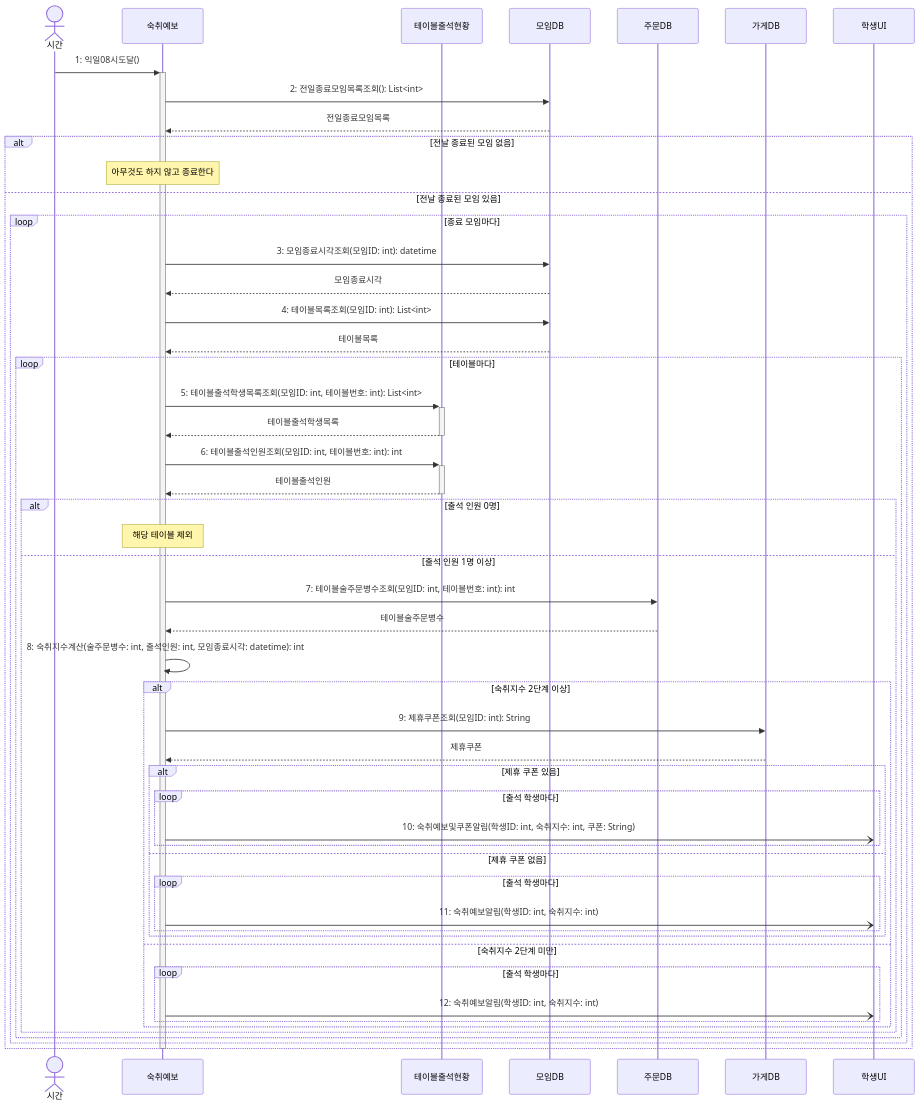
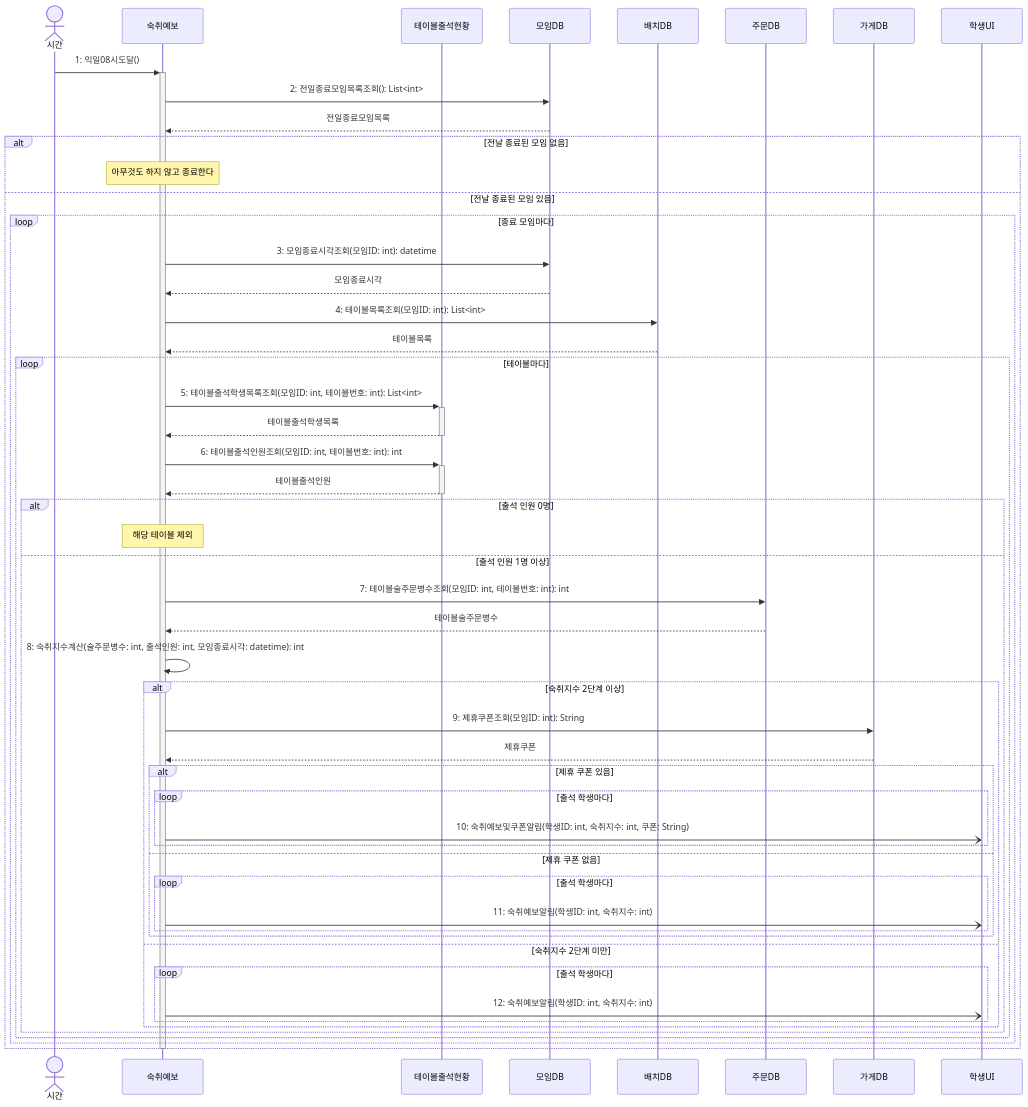
One commit to hojae3/sw-engineering-16 changed the diagram in sequence/seq-19.md. Above: the diagram before and after it, drawn with Mermaid. The commit also changed other lines of this file and 17 other files, not shown here.

First line of the commit message:
[seq/class] 4-2 배치저장 분리, 테이블목록조회 배치DB 이동, 사용처 보완

````diff
--- a/sequence/seq-19.md
+++ b/sequence/seq-19.md
@@ -25,56 +26,57 @@
 ```mermaid
 sequenceDiagram
     actor 시간
     participant 예보 as 숙취예보
     participant 현황 as 테이블출석현황
     participant 모임DB as 모임DB
+    participant 배치DB as 배치DB
     participant 주문DB as 주문DB
     participant 가게DB as 가게DB
     participant 학생UI as 학생UI
 
     시간->>+예보: 1: 익일08시도달()
     예보->>모임DB: 2: 전일종료모임목록조회(): List<int>
     모임DB-->>예보: 전일종료모임목록
 
     alt 전날 종료된 모임 없음
         Note over 예보: 아무것도 하지 않고 종료한다
     else 전날 종료된 모임 있음
         loop 종료 모임마다
             예보->>모임DB: 3: 모임종료시각조회(모임ID: int): datetime
             모임DB-->>예보: 모임종료시각
-            예보->>모임DB: 4: 테이블목록조회(모임ID: int): List<int>
-            모임DB-->>예보: 테이블목록
+            예보->>배치DB: 4: 테이블목록조회(모임ID: int): List<int>
+            배치DB-->>예보: 테이블목록
             loop 테이블마다
                 예보->>+현황: 5: 테이블출석학생목록조회(모임ID: int, 테이블번호: int): List<int>
                 현황-->>-예보: 테이블출석학생목록
                 예보->>+현황: 6: 테이블출석인원조회(모임ID: int, 테이블번호: int): int
                 현황-->>-예보: 테이블출석인원
                 alt 출석 인원 0명
                     Note over 예보: 해당 테이블 제외
                 else 출석 인원 1명 이상
                     예보->>주문DB: 7: 테이블술주문병수조회(모임ID: int, 테이블번호: int): int
                     주문DB-->>예보: 테이블술주문병수
                     예보->>예보: 8: 숙취지수계산(술주문병수: int, 출석인원: int, 모임종료시각: datetime): int
                     alt 숙취지수 2단계 이상
                         예보->>가게DB: 9: 제휴쿠폰조회(모임ID: int): String
                         가게DB-->>예보: 제휴쿠폰
                         alt 제휴 쿠폰 있음
                             loop 출석 학생마다
                                 예보-)학생UI: 10: 숙취예보및쿠폰알림(학생ID: int, 숙취지수: int, 쿠폰: String)
                             end
                         else 제휴 쿠폰 없음
                             loop 출석 학생마다
                                 예보-)학생UI: 11: 숙취예보알림(학생ID: int, 숙취지수: int)
                             end
                         end
                     else 숙취지수 2단계 미만
                         loop 출석 학생마다
                             예보-)학생UI: 12: 숙취예보알림(학생ID: int, 숙취지수: int)
                         end
                     end
                 end
             end
         end
     end
     deactivate 예보
 ```
````
